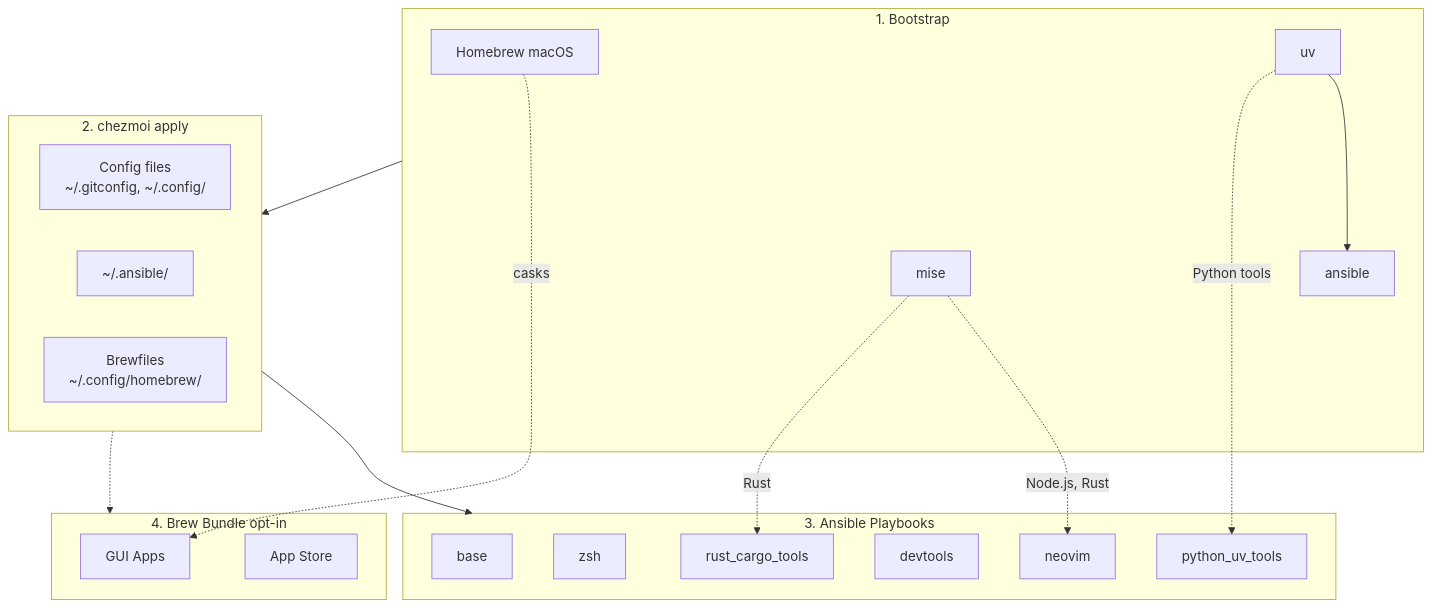
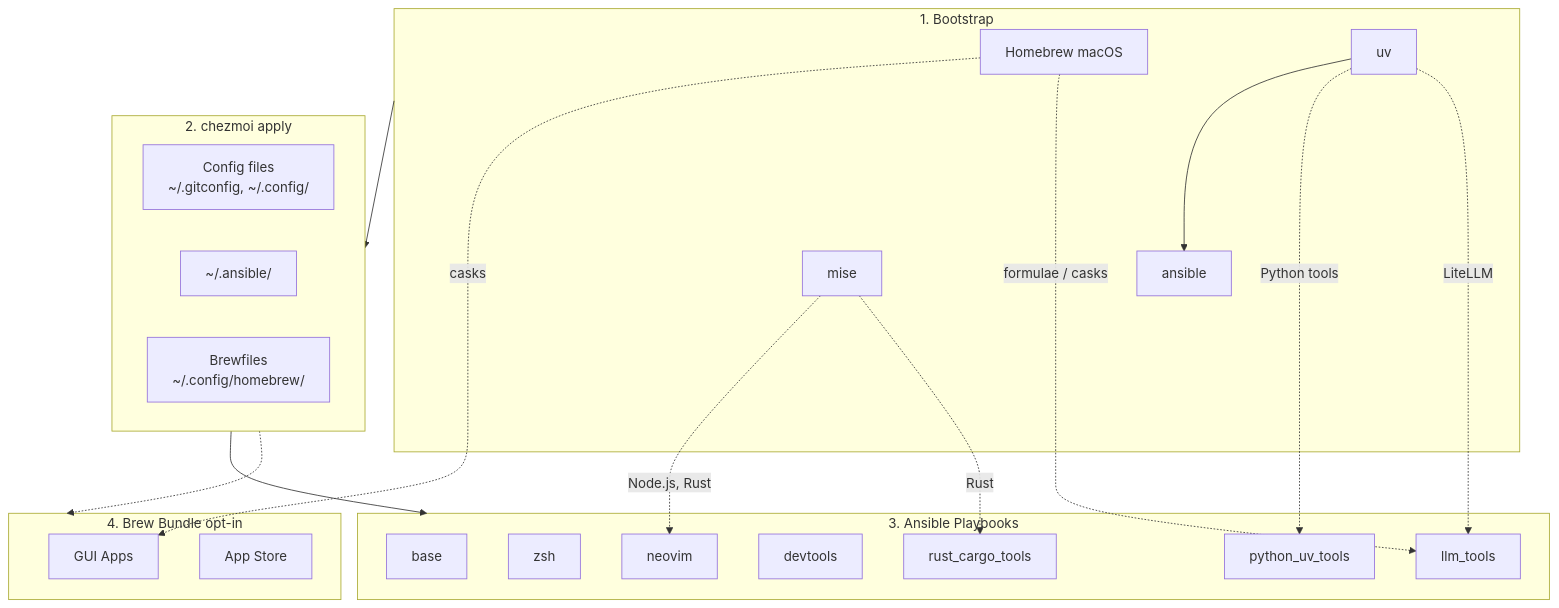
The diagram in README.md (daviddwlee84/dotfiles), drawn with Mermaid before and after one commit. The commit also changed other lines of this file and 15 other files, not shown here.

Commit message:
Add ansible LLM Tools role and LLMFit and models

````diff
--- a/README.md
+++ b/README.md
@@ -15,35 +15,38 @@
 ```mermaid
 flowchart TB
     subgraph Bootstrap["1. Bootstrap"]
         BREW[Homebrew macOS]
         UV[uv] --> ANS[ansible]
         MISE[mise]
     end
 
     subgraph Chezmoi["2. chezmoi apply"]
         DOT[Config files<br/>~/.gitconfig, ~/.config/]
         ANSDIR[~/.ansible/]
         BREWFILE[Brewfiles<br/>~/.config/homebrew/]
     end
 
     subgraph Ansible["3. Ansible Playbooks"]
         BASE[base]
         ZSH[zsh]
         NVIM[neovim]
         DEVTOOLS[devtools]
         UVTOOLS[python_uv_tools]
         CARGO[rust_cargo_tools]
+        LLMTOOLS[llm_tools]
     end
 
     subgraph BrewBundle["4. Brew Bundle opt-in"]
         CASKS[GUI Apps]
         MAS[App Store]
     end
 
     Bootstrap --> Chezmoi --> Ansible
     Chezmoi -.-> BrewBundle
     MISE -.->|Node.js, Rust| NVIM
     MISE -.->|Rust| CARGO
     UV -.->|Python tools| UVTOOLS
+    UV -.->|LiteLLM| LLMTOOLS
     BREW -.->|casks| CASKS
+    BREW -.->|formulae / casks| LLMTOOLS
 ```
````
